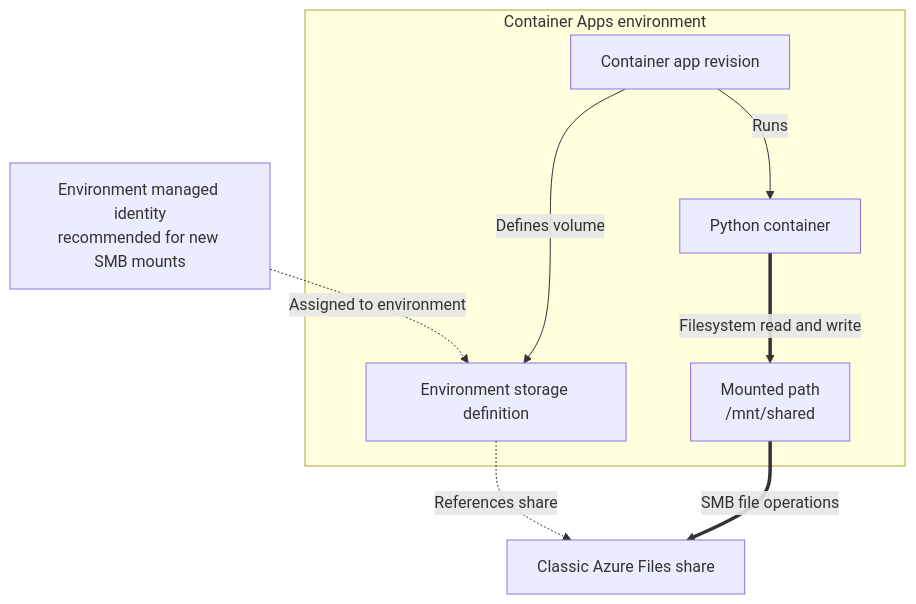
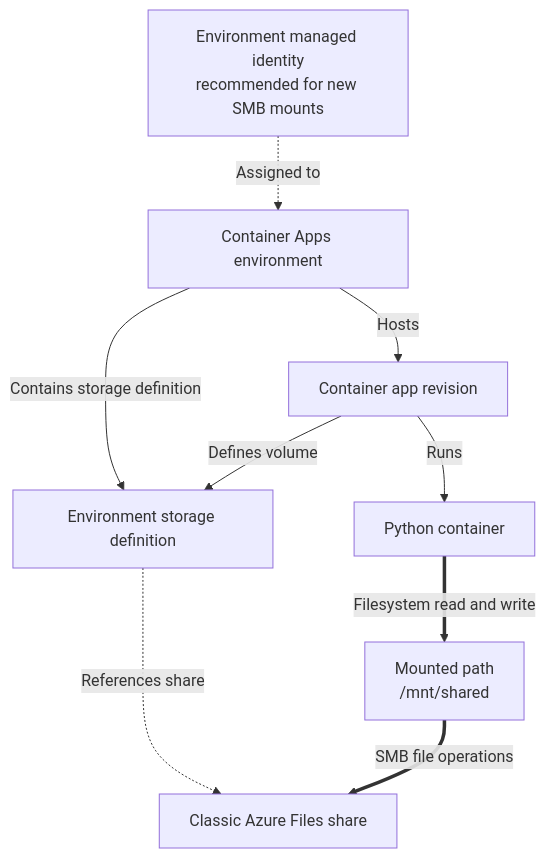
The diagram in docs/language-guides/python/recipes/bring-your-own-storage.md (yeongseon/azure-container-apps-practical-guide), drawn with Mermaid before and after one commit. The commit also changed other lines of this file and 16 other files, not shown here.

Commit message:
fix(docs): address Python recipe diagram review

````diff
--- a/docs/language-guides/python/recipes/bring-your-own-storage.md
+++ b/docs/language-guides/python/recipes/bring-your-own-storage.md
@@ -16,22 +16,23 @@
 ```mermaid
 flowchart TD
     accTitle: Mount an Azure Files share in a Python container app
     accDescr: An Azure Files share is registered as environment storage, referenced by an app revision, and mounted into the Python container. New SMB mounts can authenticate with an identity assigned to the Container Apps environment, while storage account keys remain an alternative.
 
     FILES[Classic Azure Files share]
     ENV_ID[Environment managed identity<br/>recommended for new SMB mounts]
 
-    subgraph ENV[Container Apps environment]
-        STORAGE[Environment storage definition]
-        REVISION[Container app revision]
-        APP[Python container]
-        MOUNT[Mounted path<br/>/mnt/shared]
-    end
+    ENV[Container Apps environment]
+    STORAGE[Environment storage definition]
+    REVISION[Container app revision]
+    APP[Python container]
+    MOUNT[Mounted path<br/>/mnt/shared]
 
-    ENV_ID -.->|Assigned to environment| STORAGE
+    ENV_ID -.->|Assigned to| ENV
+    ENV -->|Contains storage definition| STORAGE
+    ENV -->|Hosts| REVISION
     STORAGE -.->|References share| FILES
     REVISION -->|Defines volume| STORAGE
     REVISION -->|Runs| APP
     APP ==>|Filesystem read and write| MOUNT
     MOUNT ==>|SMB file operations| FILES
 ```
````
